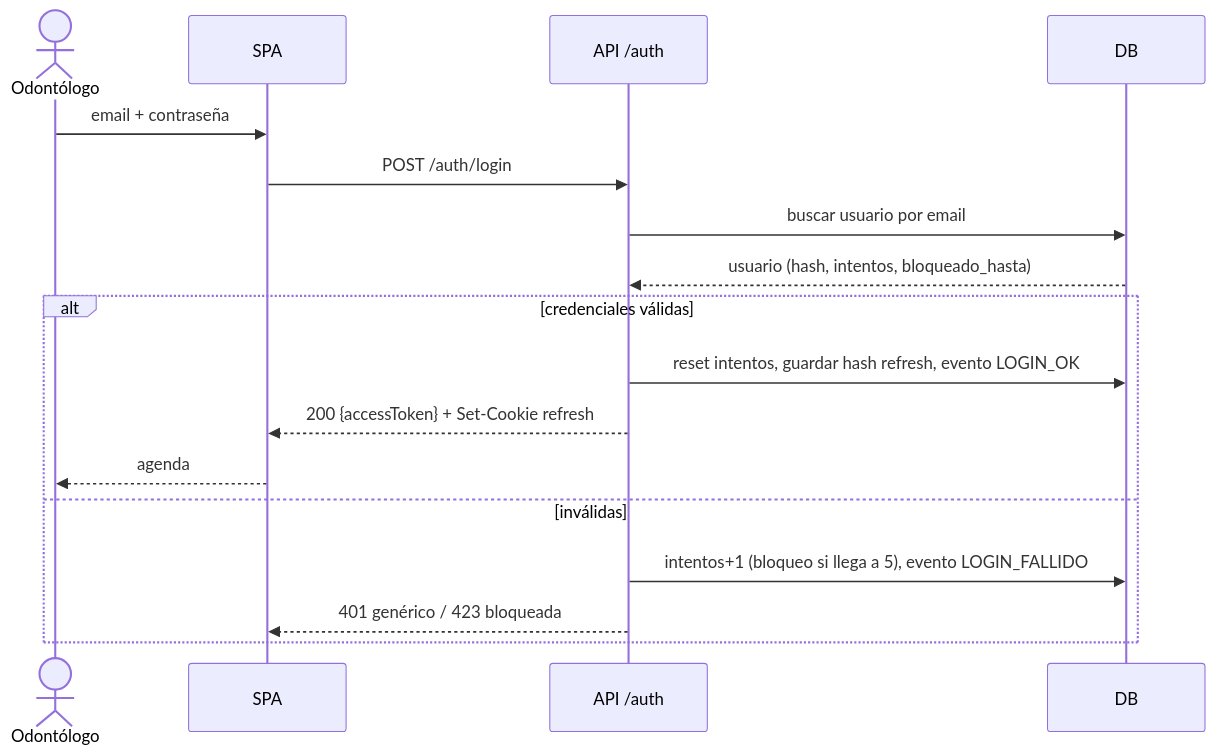
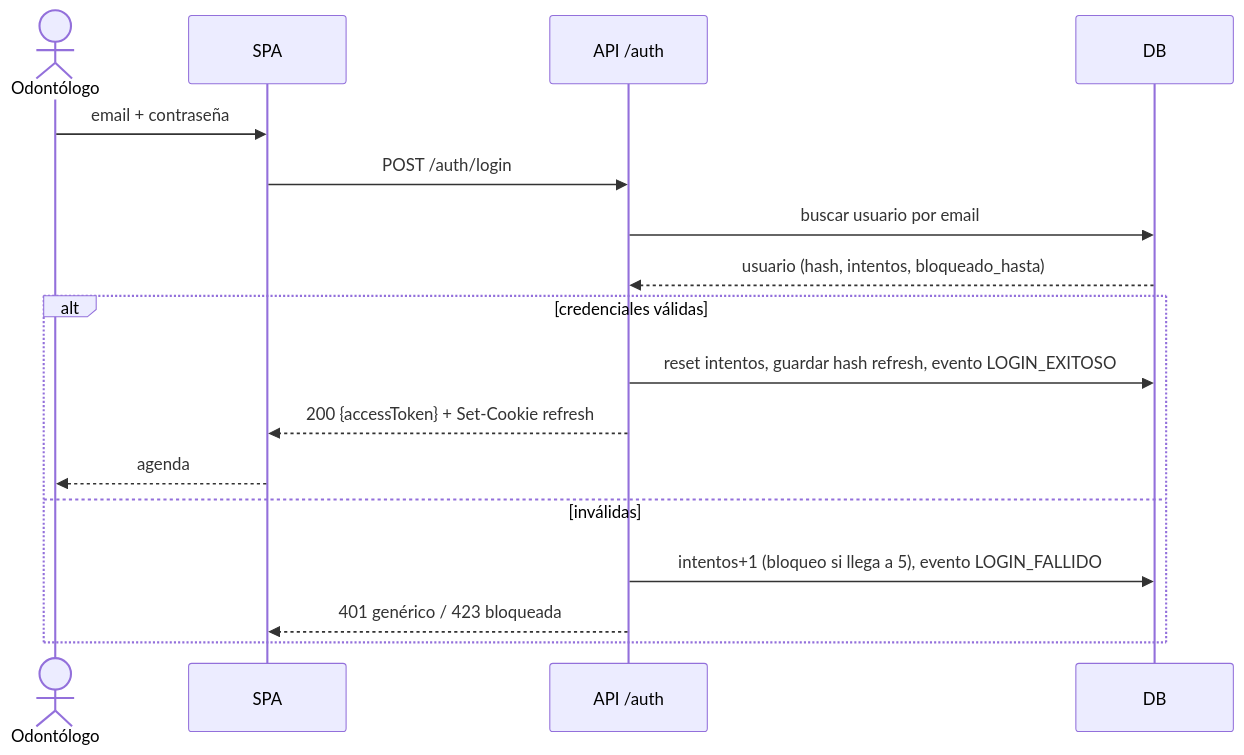
One commit to MaximilianoKotlik/sistema-odontologico changed the first of 4 diagrams in knowledge-base/07_flujos_principales.md. Above: the diagram before and after it, drawn with Mermaid. The commit also changed 5 other files, not shown here.

````diff
--- a/knowledge-base/07_flujos_principales.md
+++ b/knowledge-base/07_flujos_principales.md
@@ -19,19 +19,19 @@
 ```mermaid
 sequenceDiagram
     actor O as Odontólogo
     participant SPA
     participant API as API /auth
     participant DB
     O->>SPA: email + contraseña
     SPA->>API: POST /auth/login
     API->>DB: buscar usuario por email
     DB-->>API: usuario (hash, intentos, bloqueado_hasta)
     alt credenciales válidas
-        API->>DB: reset intentos, guardar hash refresh, evento LOGIN_OK
+        API->>DB: reset intentos, guardar hash refresh, evento LOGIN_EXITOSO
         API-->>SPA: 200 {accessToken} + Set-Cookie refresh
         SPA-->>O: agenda
     else inválidas
         API->>DB: intentos+1 (bloqueo si llega a 5), evento LOGIN_FALLIDO
         API-->>SPA: 401 genérico / 423 bloqueada
     end
 ```
````
